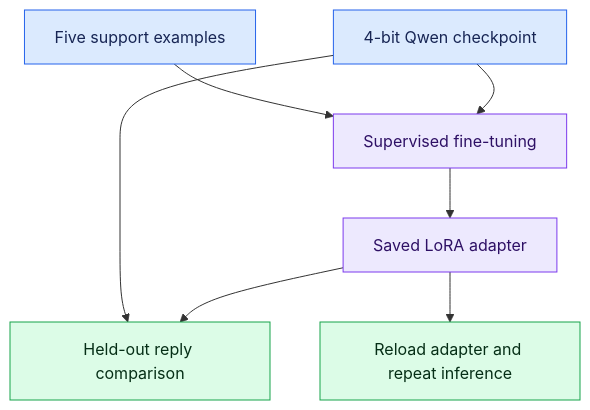
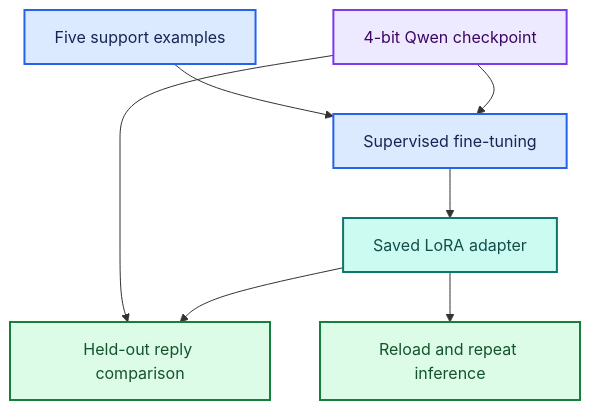
One commit to anne500/qlora-agent-finetuning changed the diagram in README.md. Above: the diagram before and after it, drawn with Mermaid. The commit also changed other lines of this file, not shown here.

````diff
--- a/README.md
+++ b/README.md
@@ -11,15 +43,17 @@
 ```mermaid
 flowchart TD
     D["Five support examples"] --> T["Supervised fine-tuning"]
     B["4-bit Qwen checkpoint"] --> T
     B --> E["Held-out reply comparison"]
     T --> A["Saved LoRA adapter"]
     A --> E
-    A --> R["Reload adapter and repeat inference"]
-    classDef source fill:#dbeafe,stroke:#2563eb,color:#172554
-    classDef training fill:#ede9fe,stroke:#7c3aed,color:#2e1065
-    classDef verification fill:#dcfce7,stroke:#16a34a,color:#052e16
-    class D,B source
-    class T,A training
-    class E,R verification
+    A --> R["Reload and repeat inference"]
+    classDef process fill:#DBEAFE,stroke:#2563EB,color:#172554,stroke-width:2px;
+    classDef model fill:#EDE9FE,stroke:#7C3AED,color:#3B0764,stroke-width:2px;
+    classDef store fill:#CCFBF1,stroke:#0F766E,color:#134E4A,stroke-width:2px;
+    classDef output fill:#DCFCE7,stroke:#15803D,color:#14532D,stroke-width:2px;
+    class D,T process;
+    class B model;
+    class A store;
+    class E,R output;
 ```
````
